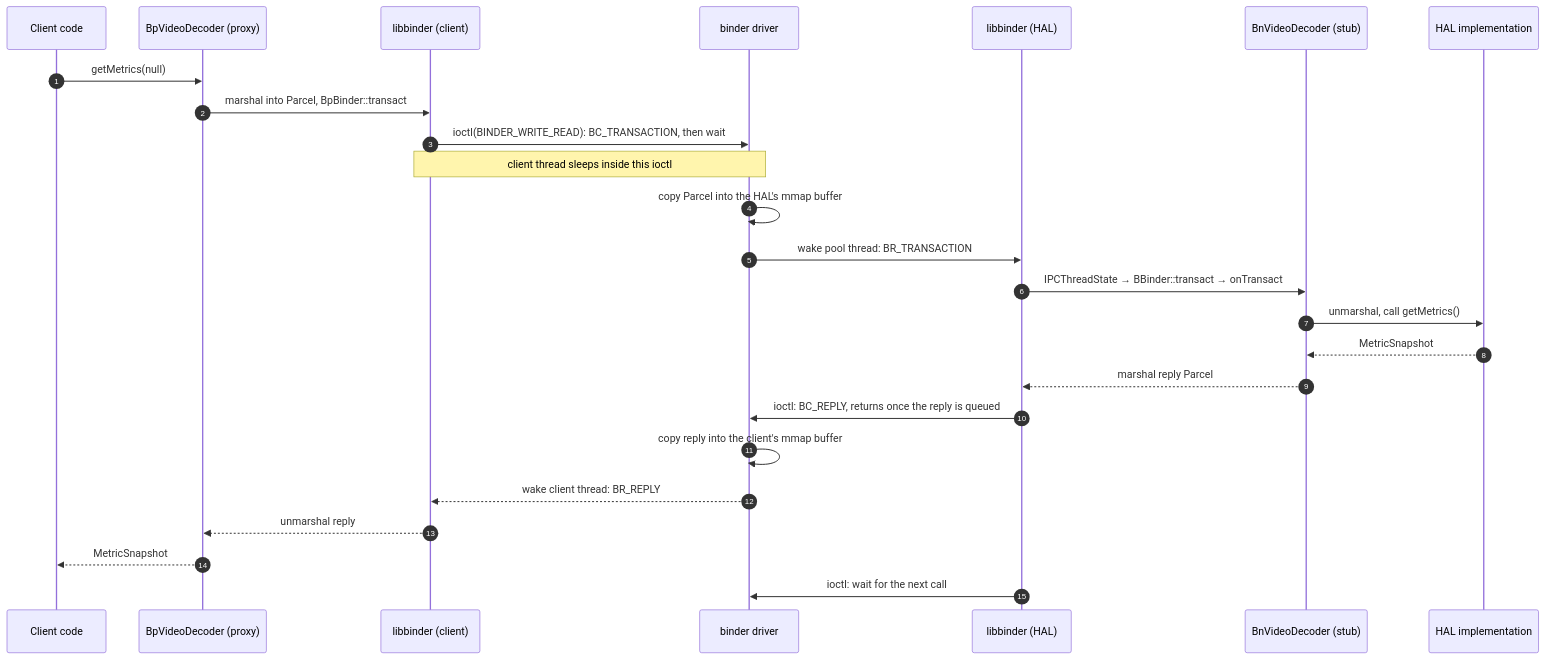
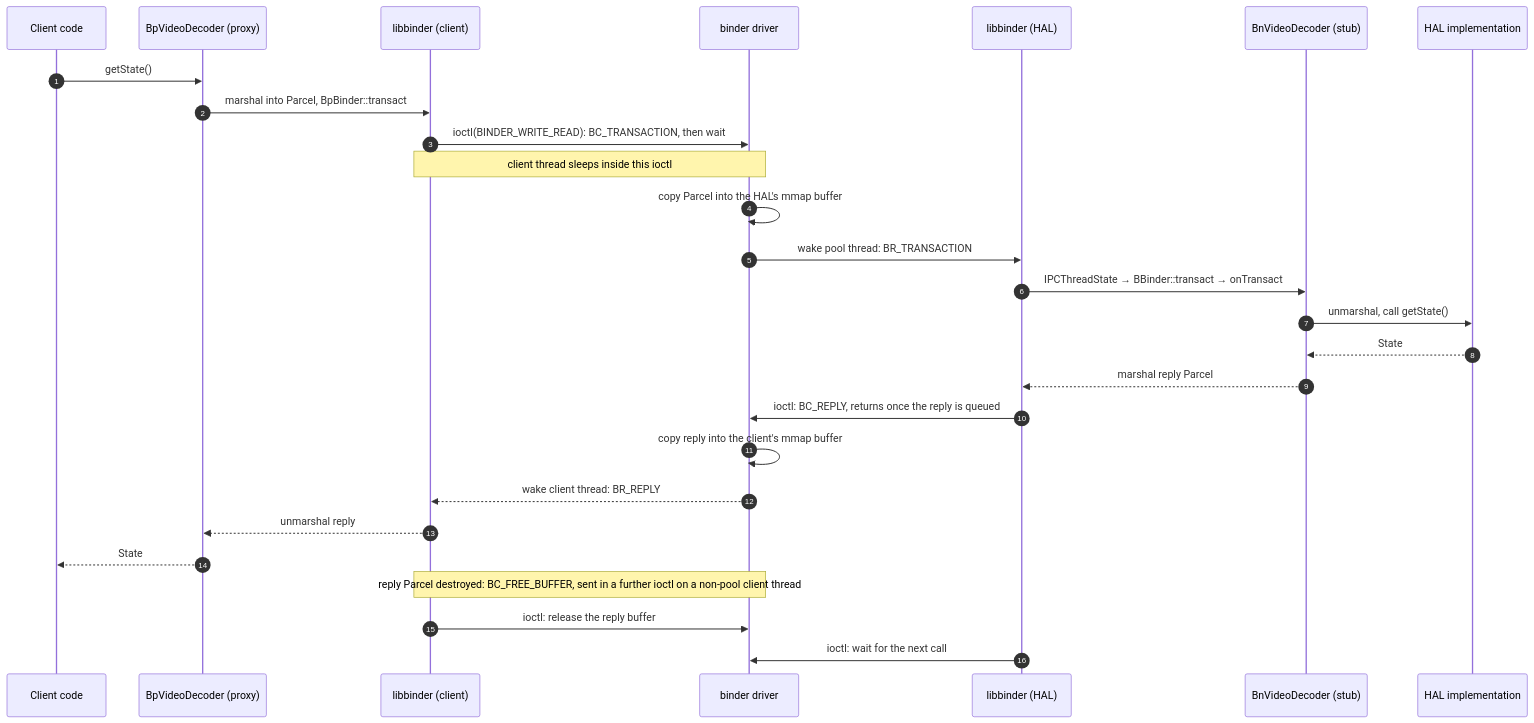
The first of 6 diagrams in docs/introduction/binder_call_path.md (rdkcentral/rdk-halif-aidl), drawn with Mermaid before and after one commit. The commit also changed other lines of this file, not shown here.

Commit message:
Fix #956: use getState and count buffer release
The diagrams called IVideoDecoder.getMetrics(), which does not exist
on develop. Use getState(), returning State, and onDecodeError and
onStateChanged for the oneway queue.

The syscall count omitted the client's release of the reply buffer.
On a non-pool client thread that is a further ioctl, so the page now
shows four syscalls and notes that a deferred release makes three.

````diff
--- a/docs/introduction/binder_call_path.md
+++ b/docs/introduction/binder_call_path.md
@@ -9,27 +9,29 @@
 ```mermaid
 sequenceDiagram
     autonumber
     participant App as Client code
     participant Px as BpVideoDecoder (proxy)
     participant LA as libbinder (client)
     participant K as binder driver
     participant LB as libbinder (HAL)
     participant St as BnVideoDecoder (stub)
     participant Impl as HAL implementation
-    App->>Px: getMetrics(null)
+    App->>Px: getState()
     Px->>LA: marshal into Parcel, BpBinder::transact
     LA->>K: ioctl(BINDER_WRITE_READ): BC_TRANSACTION, then wait
     Note over LA,K: client thread sleeps inside this ioctl
     K->>K: copy Parcel into the HAL's mmap buffer
     K->>LB: wake pool thread: BR_TRANSACTION
     LB->>St: IPCThreadState → BBinder::transact → onTransact
-    St->>Impl: unmarshal, call getMetrics()
-    Impl-->>St: MetricSnapshot
+    St->>Impl: unmarshal, call getState()
+    Impl-->>St: State
     St-->>LB: marshal reply Parcel
     LB->>K: ioctl: BC_REPLY, returns once the reply is queued
     K->>K: copy reply into the client's mmap buffer
     K-->>LA: wake client thread: BR_REPLY
     LA-->>Px: unmarshal reply
-    Px-->>App: MetricSnapshot
+    Px-->>App: State
+    Note over LA,K: reply Parcel destroyed: BC_FREE_BUFFER, sent in a further ioctl on a non-pool client thread
+    LA->>K: ioctl: release the reply buffer
     LB->>K: ioctl: wait for the next call
 ```
````
